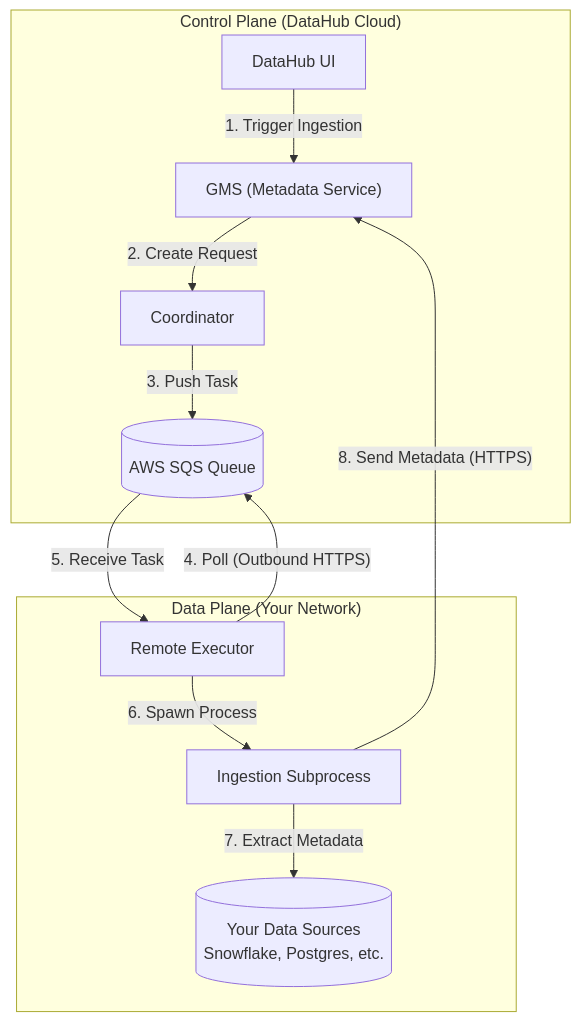
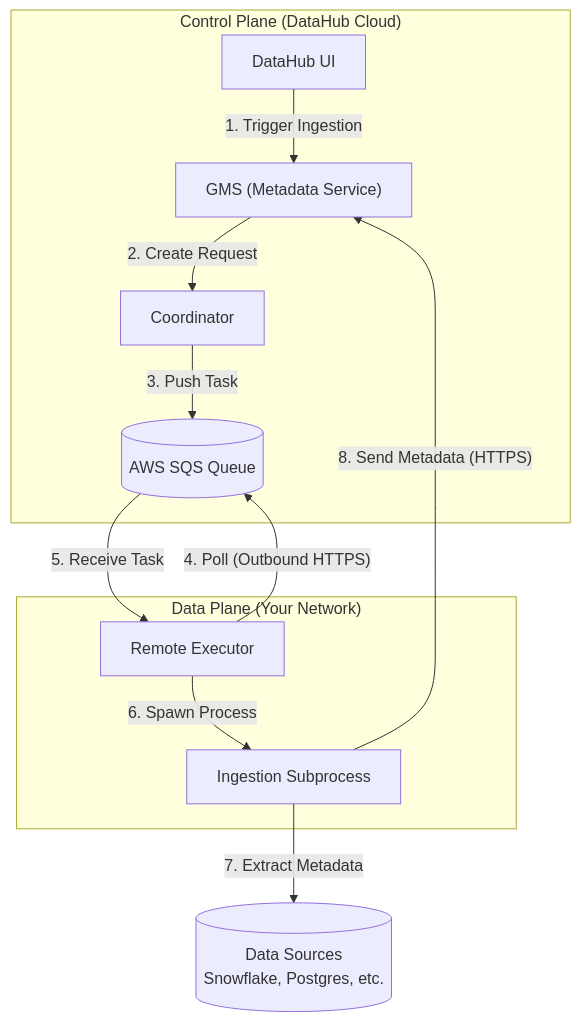
Before and after one commit to datahub-project/datahub: the diagram in docs/managed-datahub/remote-executor/about.md, drawn with Mermaid. The commit also changed other lines of this file and 1 other file, not shown here.

Commit message:
docs(remote-executor): comprehensive review and improvements
About page:
- Fix grammar: "an managed" → "a managed"
- Move data sources outside network subgraph in diagram

Configuring page:
- Clarify AWS Permissions required for ALL deployments (not just ECS)
- Fix secrets example: add mapping step, fix name/env var mismatch
- Fix parameter name consistency: DatahubGmsURL → DataHubBaseUrl
- Split Helm install into Option A (quick) vs Option B (values file)
- Clarify registry access with example ARN/service account formats
- Add ECS-specific troubleshooting commands alongside Kubernetes
- Add "Forgot your Pool ID?" recovery instructions
- Add token expiration info (don't expire by default)
- Fix step numbering (Resource Sizing is reference, not a step)

````diff
--- a/docs/managed-datahub/remote-executor/about.md
+++ b/docs/managed-datahub/remote-executor/about.md
@@ -40,24 +40,25 @@
 ```mermaid
 flowchart TB
     subgraph Cloud["Control Plane (DataHub Cloud)"]
         UI["DataHub UI"]
         GMS["GMS (Metadata Service)"]
         Coord["Coordinator"]
         SQS[("AWS SQS Queue")]
     end
 
     subgraph Customer["Data Plane (Your Network)"]
         Executor["Remote Executor"]
         Subprocess["Ingestion Subprocess"]
-        DB[("Your Data Sources<br/>Snowflake, Postgres, etc.")]
     end
+
+    DB[("Data Sources<br/>Snowflake, Postgres, etc.")]
 
     UI -- "1. Trigger Ingestion" --> GMS
     GMS -- "2. Create Request" --> Coord
     Coord -- "3. Push Task" --> SQS
     Executor -- "4. Poll (Outbound HTTPS)" --> SQS
     SQS -- "5. Receive Task" --> Executor
     Executor -- "6. Spawn Process" --> Subprocess
     Subprocess -- "7. Extract Metadata" --> DB
     Subprocess -- "8. Send Metadata (HTTPS)" --> GMS
 ```
````
